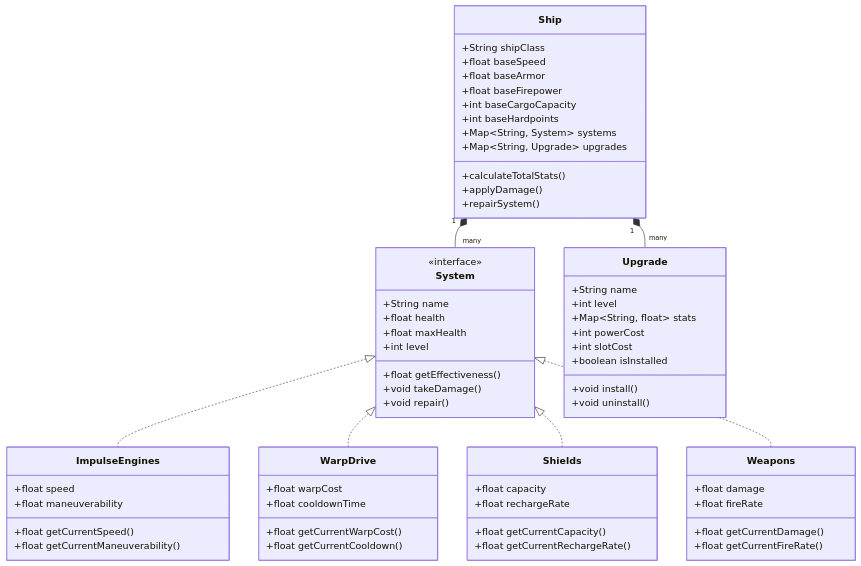
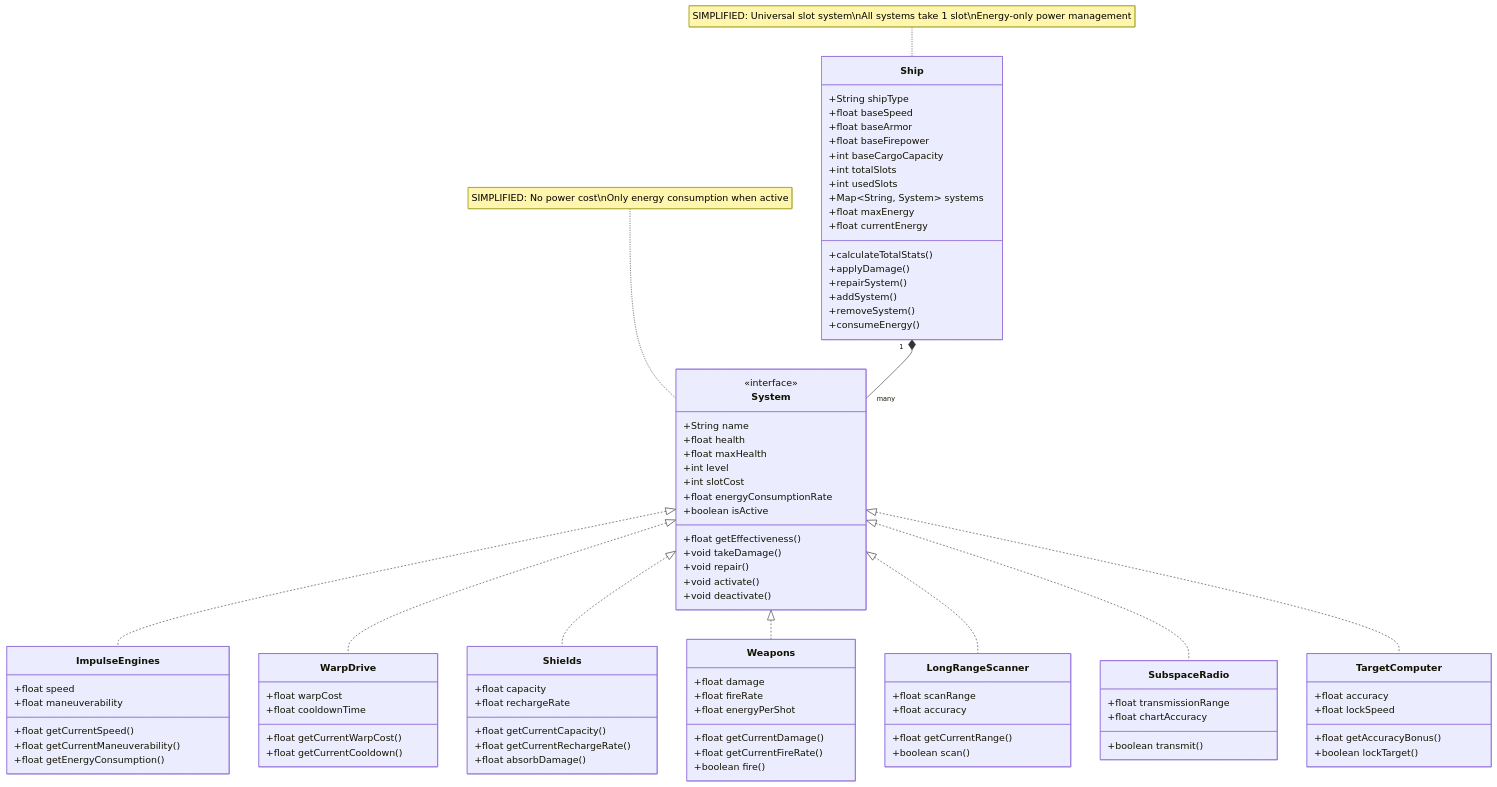
The fourth of 16 diagrams in docs/tech_design.md (thoracle/planetz), drawn with Mermaid before and after one commit. The commit also changed other lines of this file and 33 other files, not shown here.

````diff
--- a/docs/tech_design.md
+++ b/docs/tech_design.md
@@ -384,17 +384,22 @@
 ```mermaid
 classDiagram
     class Ship {
-        +String shipClass
+        +String shipType
         +float baseSpeed
         +float baseArmor
         +float baseFirepower
         +int baseCargoCapacity
-        +int baseHardpoints
+        +int totalSlots
+        +int usedSlots
         +Map~String, System~ systems
-        +Map~String, Upgrade~ upgrades
+        +float maxEnergy
+        +float currentEnergy
         +calculateTotalStats()
         +applyDamage()
         +repairSystem()
+        +addSystem()
+        +removeSystem()
+        +consumeEnergy()
     }
 
     class System {
@@ -403,20 +408,14 @@
         +float health
         +float maxHealth
         +int level
+        +int slotCost
+        +float energyConsumptionRate
+        +boolean isActive
         +float getEffectiveness()
         +void takeDamage()
         +void repair()
-    }
-
-    class Upgrade {
-        +String name
-        +int level
-        +Map~String, float~ stats
-        +int powerCost
-        +int slotCost
-        +boolean isInstalled
-        +void install()
-        +void uninstall()
+        +void activate()
+        +void deactivate()
     }
 
     class ImpulseEngines {
@@ -424,6 +423,7 @@
         +float maneuverability
         +float getCurrentSpeed()
         +float getCurrentManeuverability()
+        +float getEnergyConsumption()
     }
 
     class WarpDrive {
@@ -438,19 +438,47 @@
         +float rechargeRate
         +float getCurrentCapacity()
         +float getCurrentRechargeRate()
+        +float absorbDamage()
     }
 
     class Weapons {
         +float damage
         +float fireRate
+        +float energyPerShot
         +float getCurrentDamage()
         +float getCurrentFireRate()
+        +boolean fire()
+    }
+
+    class LongRangeScanner {
+        +float scanRange
+        +float accuracy
+        +float getCurrentRange()
+        +boolean scan()
+    }
+
+    class SubspaceRadio {
+        +float transmissionRange
+        +float chartAccuracy
+        +boolean transmit()
+    }
+
+    class TargetComputer {
+        +float accuracy
+        +float lockSpeed
+        +float getAccuracyBonus()
+        +boolean lockTarget()
     }
 
     Ship "1" *-- "many" System
-    Ship "1" *-- "many" Upgrade
     System <|.. ImpulseEngines
     System <|.. WarpDrive
     System <|.. Shields
     System <|.. Weapons
+    System <|.. LongRangeScanner
+    System <|.. SubspaceRadio
+    System <|.. TargetComputer
+
+    note for Ship "SIMPLIFIED: Universal slot system\nAll systems take 1 slot\nEnergy-only power management"
+    note for System "SIMPLIFIED: No power cost\nOnly energy consumption when active"
 ```
````
